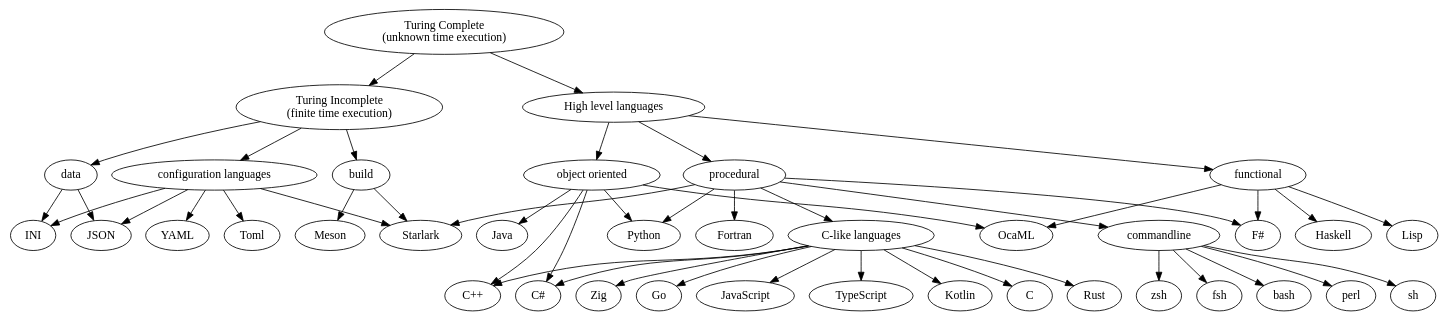
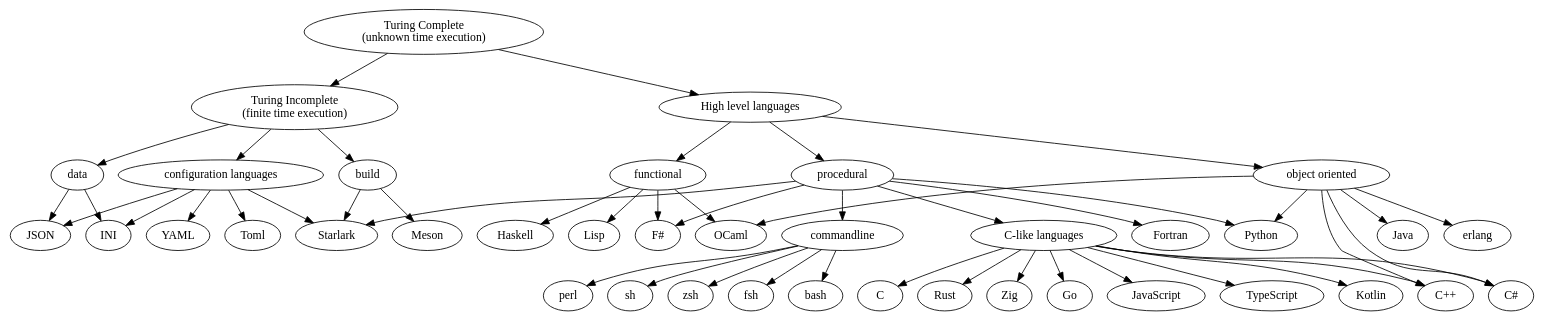
Before and after one commit to Cypher1/cypher1.github.io: the first of 2 diagrams in src/posts/2023-04-20-lambda-calc.md, drawn with Graphviz. The commit also changed other lines of this file, not shown here.

````diff
--- a/src/posts/2023-04-20-lambda-calc.md
+++ b/src/posts/2023-04-20-lambda-calc.md
@@ -33,70 +33,71 @@
 ```dot process Languages by style and paradigm
 digraph {
     conf [label="configuration languages"]
     clike [label="C-like languages"]
     Cpp [label="C++"]
     incomplete [label="Turing Incomplete\n(finite time execution)"]
     complete [label="Turing Complete\n(unknown time execution)"]
     HighLevelLangs [label="High level languages"]
     Fsharp [label="F#"]
     Csharp [label="C#"]
 
     incomplete -> conf
     incomplete -> data
     incomplete -> build
 
     data -> JSON
     data -> INI
 
     conf -> YAML
     conf -> INI
     conf -> JSON
     conf -> Toml
     conf -> Starlark
 
     build -> Starlark
     build -> Meson
 
     complete -> HighLevelLangs
     complete -> incomplete
 
     HighLevelLangs -> functional
     HighLevelLangs -> procedural
     HighLevelLangs -> "object oriented"
 
     procedural -> Fortran
     procedural -> clike
     procedural -> Fsharp
 
     "object oriented" -> Java
     "object oriented" -> Python
     "object oriented" -> Cpp
     "object oriented" -> Csharp
-    "object oriented" -> OcaML
+    "object oriented" -> OCaml
+    "object oriented" -> erlang
 
     clike -> C
     clike -> Csharp
     clike -> Cpp
     clike -> Rust
     clike -> Zig
     clike -> Go
     clike -> JavaScript
     clike -> TypeScript
     clike -> Kotlin
 
     procedural -> Python
     procedural -> Starlark
     procedural -> commandline
 
     commandline -> sh
     commandline -> zsh
     commandline -> fsh
     commandline -> bash
     commandline -> perl
 
     functional -> Haskell
     functional -> Lisp
     functional -> Fsharp
-    functional -> OcaML
+    functional -> OCaml
 }
 ```
````
